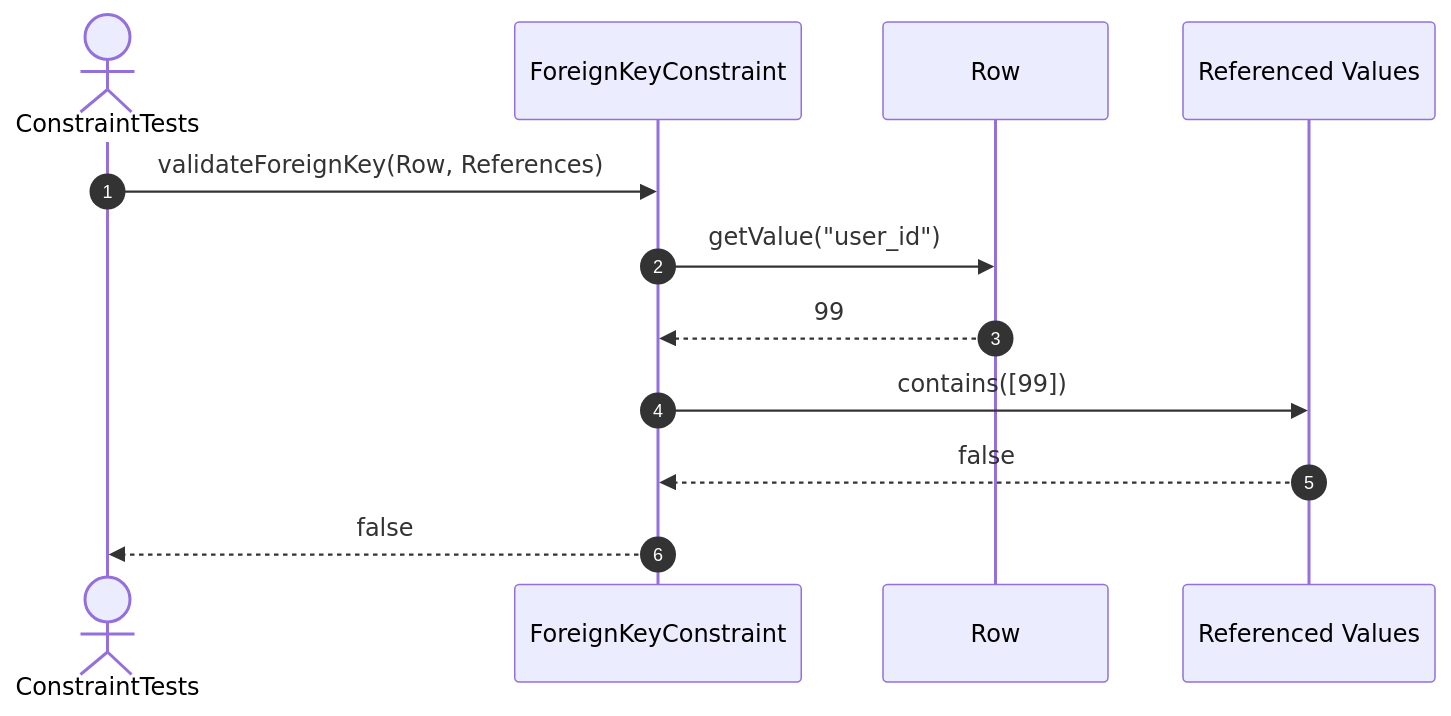
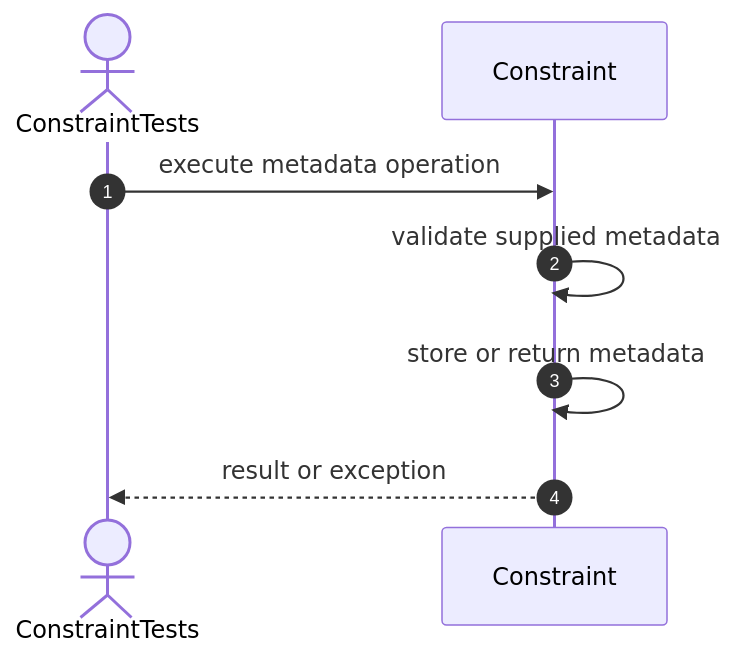
Diagram 14 of 54 in src/tests/unit/metadata/sequences/constraint-testing.se.md (FhuAnn/-bbv-AN-s-DBMS), drawn with Mermaid before and after one commit. The commit also changed other lines of this file and 9 other files, not shown here.

Commit message:
table and row run test successfully, remaining constraint object

````diff
--- a/src/tests/unit/metadata/sequences/constraint-testing.se.md
+++ b/src/tests/unit/metadata/sequences/constraint-testing.se.md
@@ -211,15 +212,11 @@
 ```mermaid
 sequenceDiagram
     autonumber
     actor Test as ConstraintTests
-    participant FK as ForeignKeyConstraint
-    participant Row as Row
-    participant References as Referenced Values
+    participant Constraint as Constraint
 
-    Test->>FK: validateForeignKey(Row, References)
-    FK->>Row: getValue("user_id")
-    Row-->>FK: 99
-    FK->>References: contains([99])
-    References-->>FK: false
-    FK-->>Test: false
+    Test->>Constraint: execute metadata operation
+    Constraint->>Constraint: validate supplied metadata
+    Constraint->>Constraint: store or return metadata
+    Constraint-->>Test: result or exception
 ```
````
